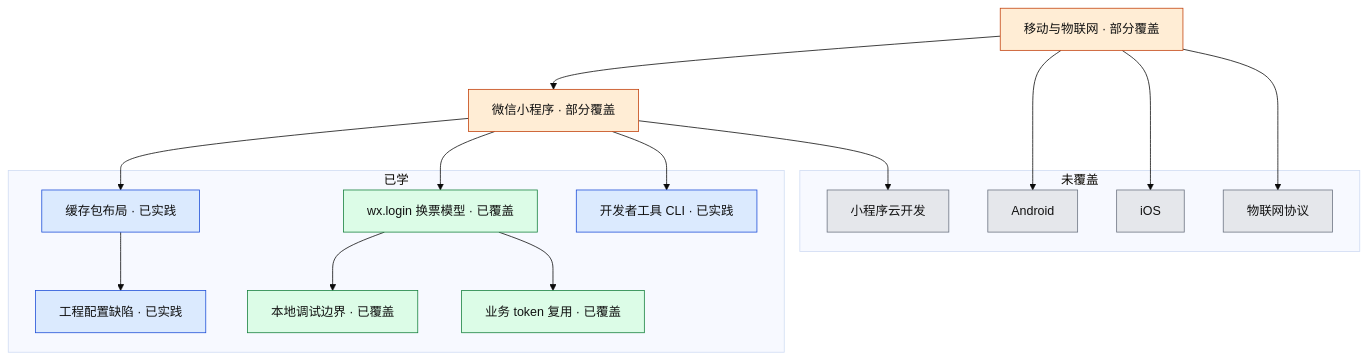
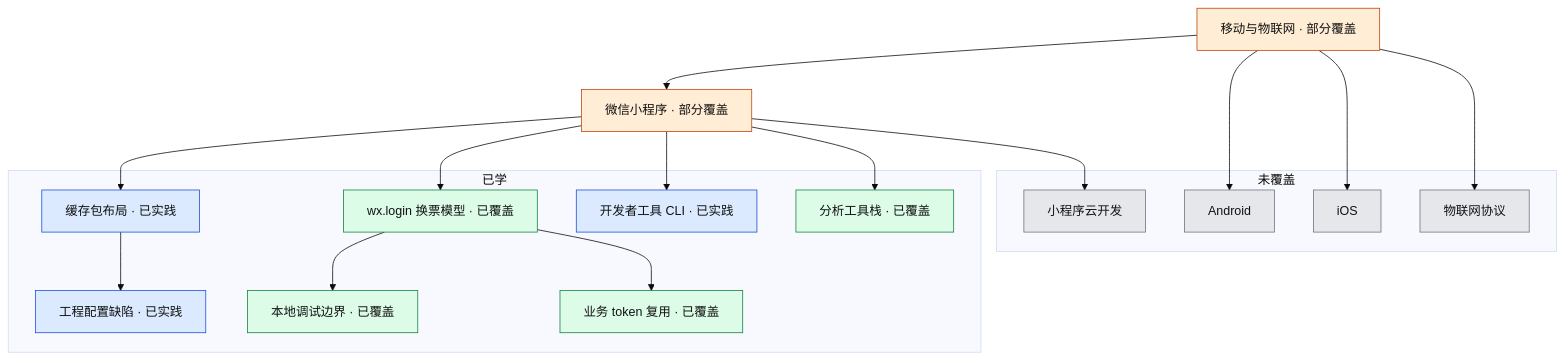
The third of 4 diagrams in graph.md (HubBoys/cybersec-knowledge), drawn with Mermaid (base theme) before and after one commit. The commit also changed other lines of this file and 9 other files, not shown here.

````diff
--- a/graph.md
+++ b/graph.md
@@ -134,41 +135,43 @@
 ```mermaid
 flowchart TB
   classDef uncovered fill:#e5e7eb,stroke:#6b7280,color:#111
   classDef covered fill:#dcfce7,stroke:#15803d,color:#111
   classDef practiced fill:#dbeafe,stroke:#1d4ed8,color:#111
   classDef partial fill:#ffedd5,stroke:#c2410c,color:#111
 
   MIOT[移动与物联网 · 部分覆盖]
   MP[微信小程序 · 部分覆盖]
 
   subgraph done [已学]
     LAY[缓存包布局 · 已实践]
     CFG[工程配置缺陷 · 已实践]
     LOGIN[wx.login 换票模型 · 已覆盖]
     LIMIT[本地调试边界 · 已覆盖]
     CLI[开发者工具 CLI · 已实践]
     TOK[业务 token 复用 · 已覆盖]
+    TOOL[分析工具栈 · 已覆盖]
   end
 
   subgraph todo [未覆盖]
     CLOUD[小程序云开发]
     AND[Android]
     IOS[iOS]
     IOTDEV[物联网协议]
   end
 
   MIOT --> MP
   MP --> LAY --> CFG
   MP --> LOGIN --> LIMIT
   LOGIN --> TOK
   MP --> CLI
+  MP --> TOOL
   MP --> CLOUD
   MIOT --> AND
   MIOT --> IOS
   MIOT --> IOTDEV
 
   class LAY,CFG,CLI practiced
-  class LOGIN,LIMIT,TOK covered
+  class LOGIN,LIMIT,TOK,TOOL covered
   class CLOUD,AND,IOS,IOTDEV uncovered
   class MIOT,MP partial
 ```
````
